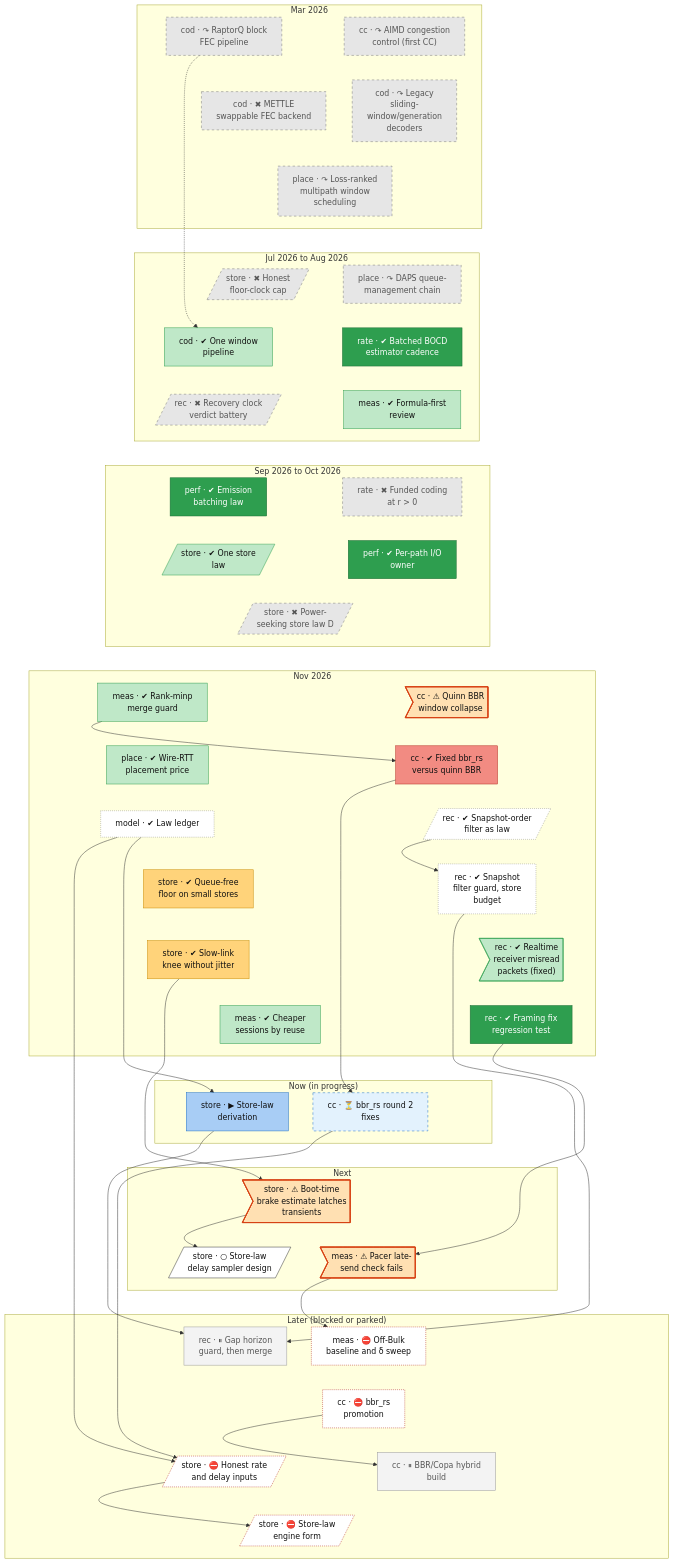
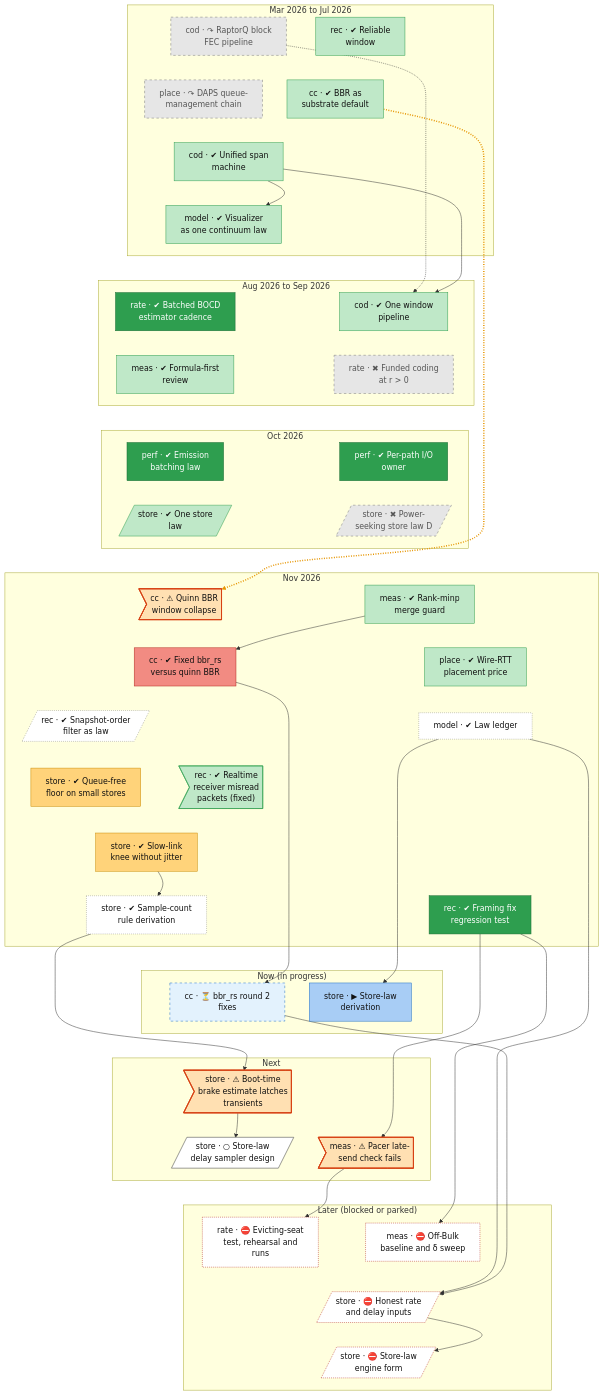
Before and after one commit to lhns/raptorpath: the second of 2 diagrams in docs/roadmap.md, drawn with Mermaid. The commit also changed other lines of this file and 10 other files, not shown here.

````diff
--- a/docs/roadmap.md
+++ b/docs/roadmap.md
@@ -98,22 +98,20 @@
 ```mermaid
 flowchart TB
-    subgraph bd_0["Mar 2026"]
+    subgraph bd_0["Mar 2026 to Jul 2026"]
         cod_block_pipeline["cod · ↷ RaptorQ block<br/>FEC pipeline"]
-        cc_aimd_v1["cc · ↷ AIMD congestion<br/>control (first CC)"]
-        cod_mettle["cod · ✖ METTLE<br/>swappable FEC backend"]
-        cod_legacy_rlc["cod · ↷ Legacy<br/>sliding-<br/>window/generation<br/>decoders"]
-        place_early_window_sched["place · ↷ Loss-ranked<br/>multipath window<br/>scheduling"]
+        rec_reliable_window["rec · ✔ Reliable<br/>window"]
+        place_daps["place · ↷ DAPS queue-<br/>management chain"]
+        cc_bbr_default["cc · ✔ BBR as<br/>substrate default"]
+        cod_unified_span["cod · ✔ Unified span<br/>machine"]
+        model_vis_continuum["model · ✔ Visualizer<br/>as one continuum law"]
     end
-    subgraph bd_1["Jul 2026 to Aug 2026"]
-        place_daps["place · ↷ DAPS queue-<br/>management chain"]
-        store_honest_cap_family[/"store · ✖ Honest<br/>floor-clock cap"/]
+    subgraph bd_1["Aug 2026 to Sep 2026"]
         rate_est_cadence["rate · ✔ Batched BOCD<br/>estimator cadence"]
         cod_one_pipeline["cod · ✔ One window<br/>pipeline"]
         meas_formula_first["meas · ✔ Formula-first<br/>review"]
-        rec_goal101[/"rec · ✖ Recovery clock<br/>verdict battery"/]
+        rate_r_battery["rate · ✖ Funded coding<br/>at r #gt; 0"]
     end
-    subgraph bd_2["Sep 2026 to Oct 2026"]
-        rate_r_battery["rate · ✖ Funded coding<br/>at r #gt; 0"]
+    subgraph bd_2["Oct 2026"]
         perf_emit_batch_law0["perf · ✔ Emission<br/>batching law"]
         perf_io_owner["perf · ✔ Per-path I/O<br/>owner"]
         store_adr72_one_law[/"store · ✔ One store<br/>law"/]
@@ -126,12 +124,11 @@
         place_wire_price["place · ✔ Wire-RTT<br/>placement price"]
         rec_snapver_law[/"rec · ✔ Snapshot-order<br/>filter as law"/]
         model_law_ledger["model · ✔ Law ledger"]
-        rec_s54_session["rec · ✔ Snapshot<br/>filter guard, store<br/>budget"]
         store_s60a["store · ✔ Queue-free<br/>floor on small stores"]
         rec_defect_realtime_framing>"rec · ✔ Realtime<br/>receiver misread<br/>packets (fixed)"]
         store_s62_j0["store · ✔ Slow-link<br/>knee without jitter"]
+        store_count_rule["store · ✔ Sample-count<br/>rule derivation"]
         rec_f2_merge_guard["rec · ✔ Framing fix<br/>regression test"]
-        meas_harness_reuse["meas · ✔ Cheaper<br/>sessions by reuse"]
     end
     subgraph bd_4["Now (in progress)"]
         cc_bbrrs_r2["cc · ⏳ bbr_rs round 2<br/>fixes"]
@@ -143,70 +140,64 @@
         meas_blocke_pacing_gate>"meas · ⚠ Pacer late-<br/>send check fails"]
     end
     subgraph bd_6["Later (blocked or parked)"]
-        rec_leverb_guard["rec · ⏸ Gap horizon<br/>guard, then merge"]
+        rate_evict_session["rate · ⛔ Evicting-seat<br/>test, rehearsal and<br/>runs"]
         meas_s51_session["meas · ⛔ Off-Bulk<br/>baseline and δ sweep"]
-        cc_bbrrs_promote["cc · ⛔ bbr_rs<br/>promotion"]
-        cc_hybrid["cc · ⏸ BBR/Copa hybrid<br/>build"]
         store_fix_maxbw_minrtt[/"store · ⛔ Honest rate<br/>and delay inputs"/]
         store_engine_form_impl[/"store · ⛔ Store-law<br/>engine form"/]
     end
-    cod_block_pipeline ~~~ cod_mettle
-    cc_aimd_v1 ~~~ cod_legacy_rlc
-    cod_mettle ~~~ place_early_window_sched
-    cod_legacy_rlc ~~~ place_early_window_sched
-    place_early_window_sched ~~~ place_daps
-    place_early_window_sched ~~~ store_honest_cap_family
-    place_daps ~~~ rate_est_cadence
-    store_honest_cap_family ~~~ cod_one_pipeline
+    cod_block_pipeline ~~~ place_daps
+    rec_reliable_window ~~~ cc_bbr_default
+    place_daps ~~~ cod_unified_span
+    cc_bbr_default ~~~ cod_unified_span
+    cod_unified_span ~~~ model_vis_continuum
+    model_vis_continuum ~~~ rate_est_cadence
+    model_vis_continuum ~~~ cod_one_pipeline
     rate_est_cadence ~~~ meas_formula_first
-    cod_one_pipeline ~~~ rec_goal101
-    meas_formula_first ~~~ rate_r_battery
-    rec_goal101 ~~~ perf_emit_batch_law0
+    cod_one_pipeline ~~~ rate_r_battery
+    meas_formula_first ~~~ perf_emit_batch_law0
     rate_r_battery ~~~ perf_io_owner
     perf_emit_batch_law0 ~~~ store_adr72_one_law
     perf_io_owner ~~~ store_power_law
-    store_adr72_one_law ~~~ store_power_law
-    store_power_law ~~~ cc_quinn_bbr_collapse
+    store_adr72_one_law ~~~ cc_quinn_bbr_collapse
     store_power_law ~~~ meas_guard_41c
     cc_quinn_bbr_collapse ~~~ cc_bbrrs_r1
     meas_guard_41c ~~~ place_wire_price
     cc_bbrrs_r1 ~~~ rec_snapver_law
     place_wire_price ~~~ model_law_ledger
-    rec_snapver_law ~~~ rec_s54_session
-    model_law_ledger ~~~ store_s60a
-    rec_s54_session ~~~ rec_defect_realtime_framing
+    rec_snapver_law ~~~ store_s60a
+    model_law_ledger ~~~ rec_defect_realtime_framing
     store_s60a ~~~ store_s62_j0
-    rec_defect_realtime_framing ~~~ rec_f2_merge_guard
-    store_s62_j0 ~~~ meas_harness_reuse
-    rec_f2_merge_guard ~~~ cc_bbrrs_r2
-    meas_harness_reuse ~~~ store_law_derivation
+    rec_defect_realtime_framing ~~~ store_s62_j0
+    store_s62_j0 ~~~ store_count_rule
+    store_s62_j0 ~~~ rec_f2_merge_guard
+    store_count_rule ~~~ cc_bbrrs_r2
+    rec_f2_merge_guard ~~~ store_law_derivation
     cc_bbrrs_r2 ~~~ store_defect_b0p_brake
     store_law_derivation ~~~ store_defect_b0p_brake
     store_defect_b0p_brake ~~~ store_sampler_design
     store_defect_b0p_brake ~~~ meas_blocke_pacing_gate
-    store_sampler_design ~~~ rec_leverb_guard
+    store_sampler_design ~~~ rate_evict_session
     meas_blocke_pacing_gate ~~~ meas_s51_session
-    rec_leverb_guard ~~~ cc_bbrrs_promote
-    meas_s51_session ~~~ cc_bbrrs_promote
-    cc_bbrrs_promote ~~~ cc_hybrid
-    cc_bbrrs_promote ~~~ store_fix_maxbw_minrtt
-    cc_hybrid ~~~ store_engine_form_impl
+    rate_evict_session ~~~ store_fix_maxbw_minrtt
+    meas_s51_session ~~~ store_fix_maxbw_minrtt
     store_fix_maxbw_minrtt ~~~ store_engine_form_impl
     cod_block_pipeline -.-> cod_one_pipeline
+    cc_bbr_default -.-> cc_quinn_bbr_collapse
+    cod_unified_span --> model_vis_continuum
+    cod_unified_span --> cod_one_pipeline
     meas_guard_41c --> cc_bbrrs_r1
-    rec_snapver_law --> rec_s54_session
+    store_s62_j0 --> store_count_rule
     cc_bbrrs_r1 --> cc_bbrrs_r2
     model_law_ledger --> store_law_derivation
-    store_s62_j0 --> store_defect_b0p_brake
+    store_count_rule --> store_defect_b0p_brake
     store_defect_b0p_brake --> store_sampler_design
     rec_f2_merge_guard --> meas_blocke_pacing_gate
-    rec_s54_session --> rec_leverb_guard
-    store_law_derivation --> rec_leverb_guard
-    meas_blocke_pacing_gate --> meas_s51_session
-    cc_bbrrs_promote --> cc_hybrid
+    meas_blocke_pacing_gate --> rate_evict_session
+    rec_f2_merge_guard --> meas_s51_session
     model_law_ledger --> store_fix_maxbw_minrtt
     cc_bbrrs_r2 --> store_fix_maxbw_minrtt
     store_fix_maxbw_minrtt --> store_engine_form_impl
+    linkStyle 37 stroke:#e69500,stroke-width:3px,stroke-dasharray:2 3
     classDef vsucc fill:#2e9e4f,stroke:#1b6b34,color:#fff
     classDef succ fill:#bfe8c8,stroke:#2e9e4f,color:#111
     classDef mixed fill:#ffd37a,stroke:#c98a00,color:#111
@@ -220,16 +211,15 @@
     classDef userdec fill:#d9c2f0,stroke:#7b3fb5,color:#111
     classDef defect fill:#ffe0b2,stroke:#d84315,stroke-width:2px,color:#111
     classDef waiting fill:#e3f2fd,stroke:#1f6fc5,stroke-dasharray:5 5,color:#111
-    class cod_block_pipeline,cod_mettle,cod_legacy_rlc,rec_goal101,rate_r_battery,store_honest_cap_family,store_power_law,place_daps,cc_aimd_v1,place_early_window_sched dead
-    class cod_one_pipeline,store_adr72_one_law,meas_harness_reuse,rec_defect_realtime_framing,place_wire_price,meas_formula_first,meas_guard_41c succ
-    class rec_snapver_law,model_law_ledger,rec_s54_session unrated
+    class cod_block_pipeline,rate_r_battery,store_power_law,place_daps dead
+    class cod_unified_span,cod_one_pipeline,rec_reliable_window,store_adr72_one_law,rec_defect_realtime_framing,place_wire_price,cc_bbr_default,meas_formula_first,meas_guard_41c,model_vis_continuum succ
+    class rec_snapver_law,store_count_rule,model_law_ledger unrated
     class rate_est_cadence,rec_f2_merge_guard,perf_emit_batch_law0,perf_io_owner vsucc
+    class rate_evict_session,meas_s51_session,store_engine_form_impl,store_fix_maxbw_minrtt blocked
     class store_law_derivation inprog
     class store_s60a,store_s62_j0 mixed
     class store_defect_b0p_brake,meas_blocke_pacing_gate,cc_quinn_bbr_collapse defect
     class store_sampler_design next
     class cc_bbrrs_r1 bad
     class cc_bbrrs_r2 waiting
-    class rec_leverb_guard,cc_hybrid parked
-    class meas_s51_session,store_engine_form_impl,cc_bbrrs_promote,store_fix_maxbw_minrtt blocked
 ```
````
